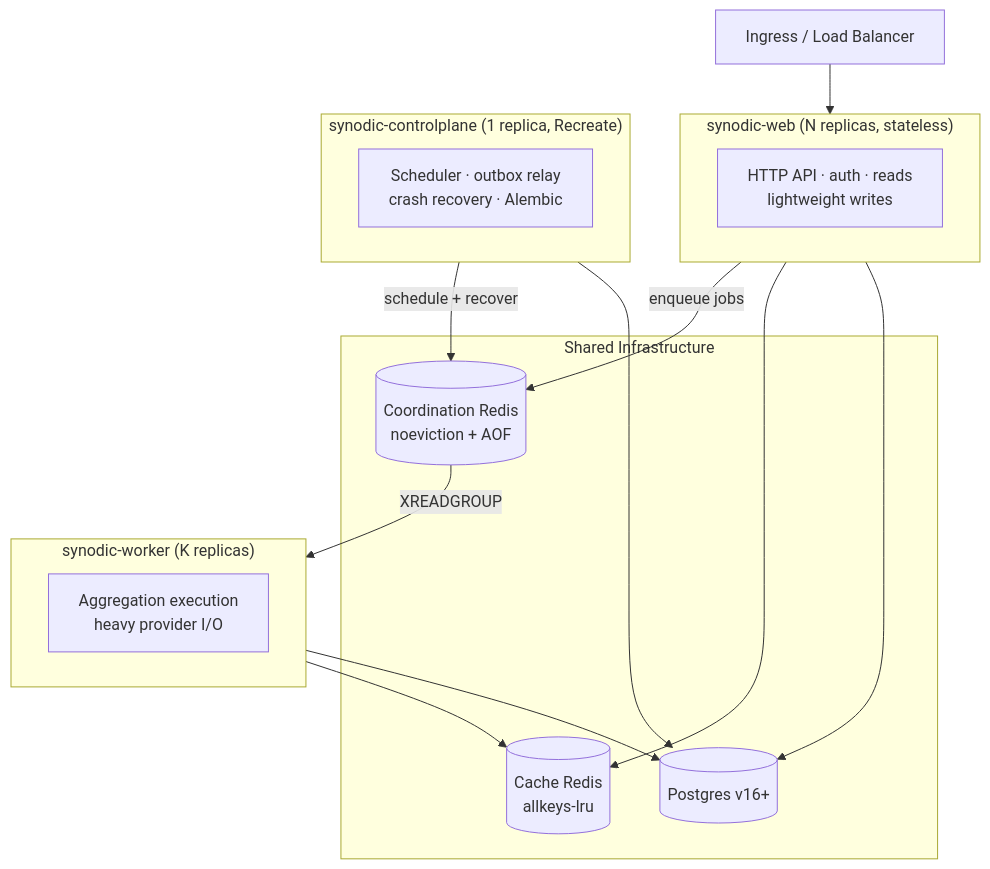
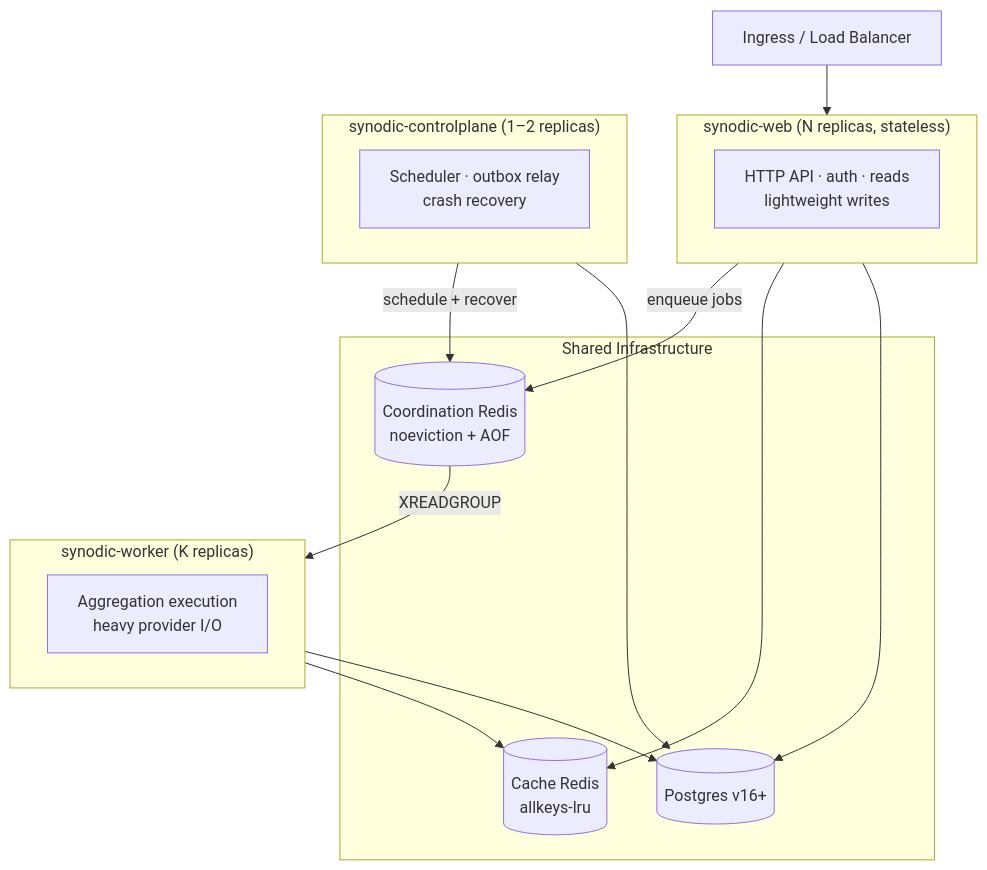
One commit to rkrumins/dataviz changed the diagram in docs/architecture-when-scaling.md. Above: the diagram before and after it, drawn with Mermaid. The commit also changed other lines of this file and 33 other files, not shown here.

````diff
--- a/docs/architecture-when-scaling.md
+++ b/docs/architecture-when-scaling.md
@@ -58,31 +69,31 @@
 ```mermaid
 graph TB
     LB["Ingress / Load Balancer"]
 
     subgraph Web["synodic-web (N replicas, stateless)"]
         W["HTTP API · auth · reads<br/>lightweight writes"]
     end
     subgraph Worker["synodic-worker (K replicas)"]
         WK["Aggregation execution<br/>heavy provider I/O"]
     end
-    subgraph CP["synodic-controlplane (1 replica, Recreate)"]
-        C["Scheduler · outbox relay<br/>crash recovery · Alembic"]
+    subgraph CP["synodic-controlplane (1–2 replicas)"]
+        C["Scheduler · outbox relay<br/>crash recovery"]
     end
 
     subgraph Infra["Shared Infrastructure"]
         PG[(Postgres v16+)]
         CacheR[(Cache Redis<br/>allkeys-lru)]
         CoordR[(Coordination Redis<br/>noeviction + AOF)]
     end
 
     LB --> Web
     Web -->|"enqueue jobs"| CoordR
     CoordR -->|"XREADGROUP"| Worker
     CP -->|"schedule + recover"| CoordR
     Web --> CacheR
     Worker --> CacheR
     Web --> PG
     Worker --> PG
     CP --> PG
 
 ```
````
